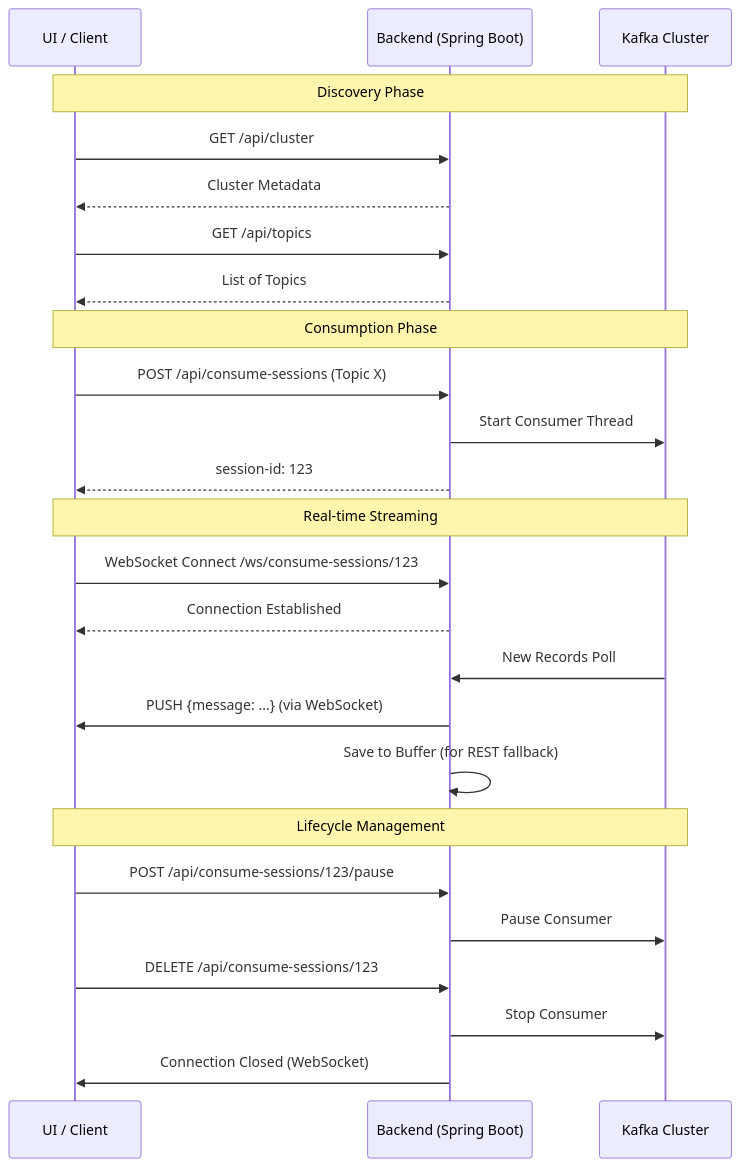
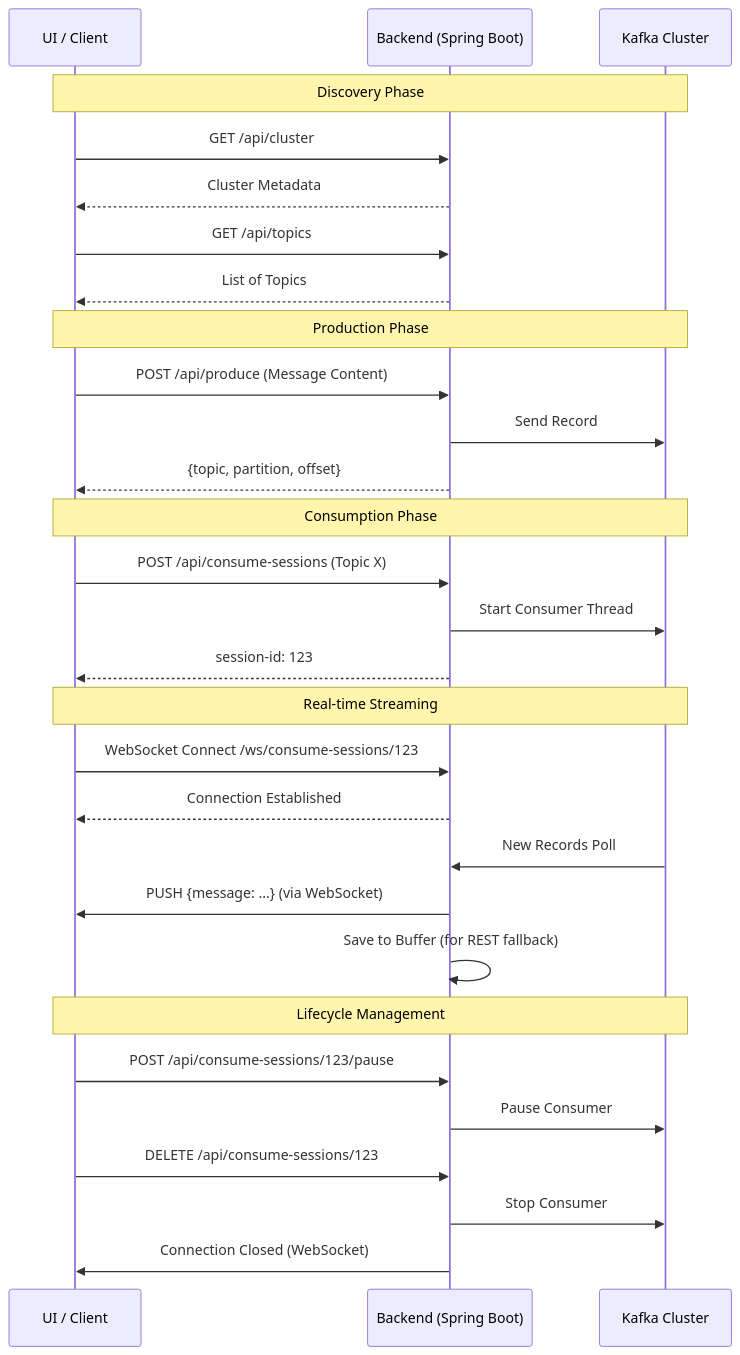
Before and after one commit to macaris64/kafka-observatory: the diagram in backend/user_flow.md, drawn with Mermaid. The commit also changed other lines of this file and 7 other files, not shown here.

````diff
--- a/backend/user_flow.md
+++ b/backend/user_flow.md
@@ -13,31 +13,36 @@
 ```mermaid
 sequenceDiagram
     participant Client as UI / Client
     participant Server as Backend (Spring Boot)
     participant Kafka as Kafka Cluster
 
     Note over Client, Kafka: Discovery Phase
     Client->>Server: GET /api/cluster
     Server-->>Client: Cluster Metadata
     Client->>Server: GET /api/topics
     Server-->>Client: List of Topics
+
+    Note over Client, Kafka: Production Phase
+    Client->>Server: POST /api/produce (Message Content)
+    Server->>Kafka: Send Record
+    Server-->>Client: {topic, partition, offset}
 
     Note over Client, Kafka: Consumption Phase
     Client->>Server: POST /api/consume-sessions (Topic X)
     Server->>Kafka: Start Consumer Thread
     Server-->>Client: session-id: 123
 
     Note over Client, Kafka: Real-time Streaming
     Client->>Server: WebSocket Connect /ws/consume-sessions/123
     Server-->>Client: Connection Established
     Kafka->>Server: New Records Poll
     Server->>Client: PUSH {message: ...} (via WebSocket)
     Server->>Server: Save to Buffer (for REST fallback)
 
     Note over Client, Kafka: Lifecycle Management
     Client->>Server: POST /api/consume-sessions/123/pause
     Server->>Kafka: Pause Consumer
     Client->>Server: DELETE /api/consume-sessions/123
     Server->>Kafka: Stop Consumer
     Server->>Client: Connection Closed (WebSocket)
 ```
````
